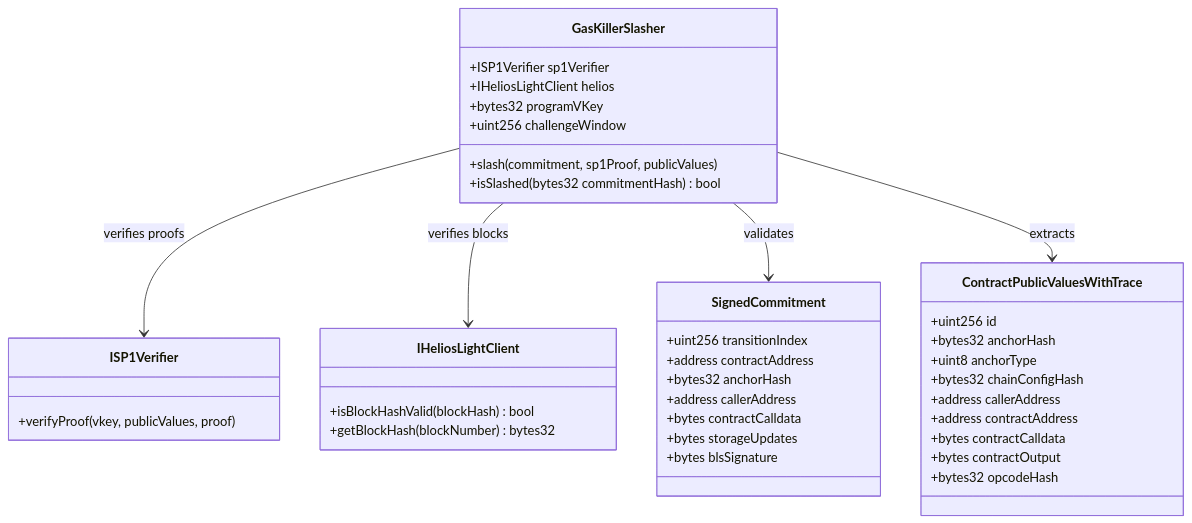
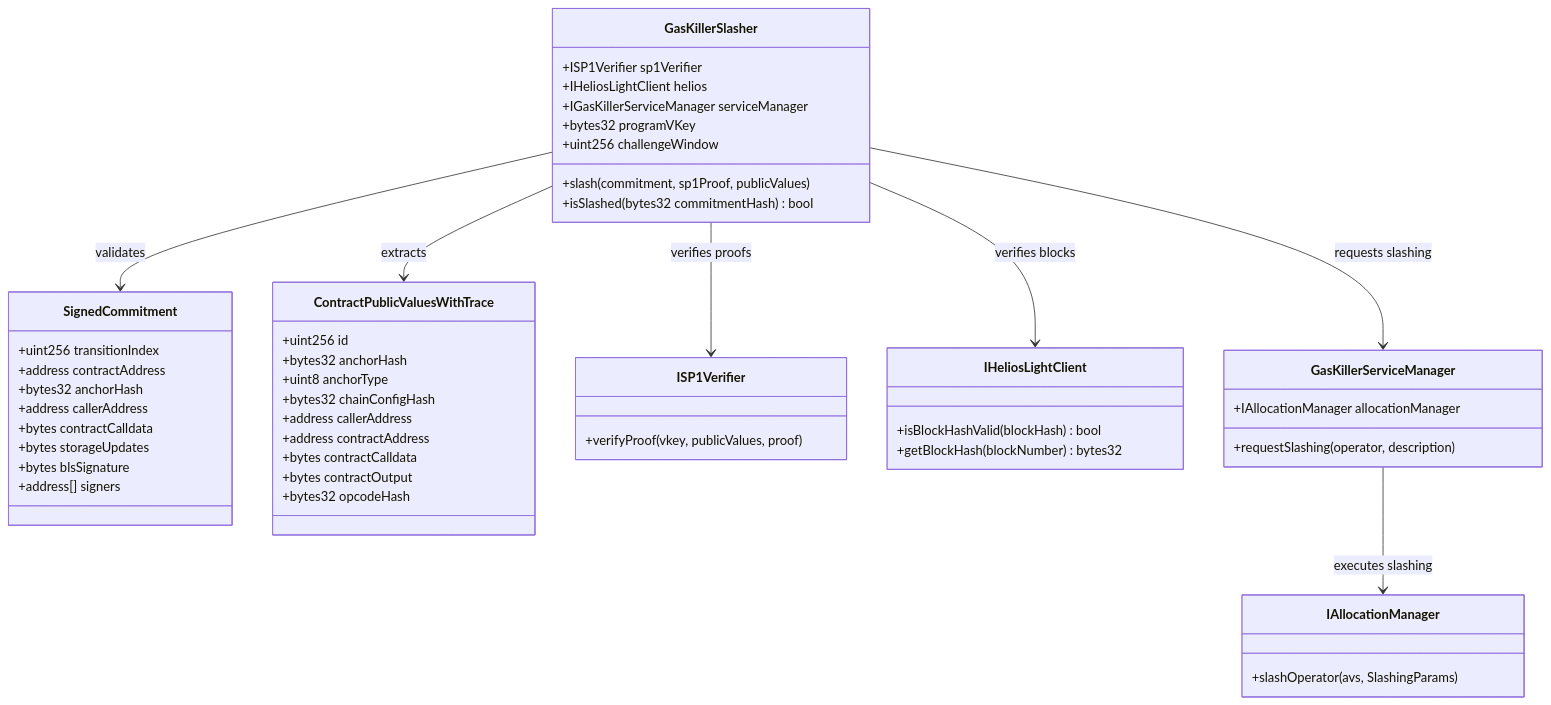
One commit to BreadchainCoop/sp1-contract-call changed the first of 3 diagrams in docs/GAS_KILLER_SLASHING_SPEC.md. Above: the diagram before and after it, drawn with Mermaid. The commit also changed other lines of this file, not shown here.

First line of the commit message:
docs: simplify EigenLayer integration in slashing spec

````diff
--- a/docs/GAS_KILLER_SLASHING_SPEC.md
+++ b/docs/GAS_KILLER_SLASHING_SPEC.md
@@ -162,47 +162,60 @@
 ```mermaid
 classDiagram
     class GasKillerSlasher {
         +ISP1Verifier sp1Verifier
         +IHeliosLightClient helios
+        +IGasKillerServiceManager serviceManager
         +bytes32 programVKey
         +uint256 challengeWindow
         +slash(commitment, sp1Proof, publicValues)
         +isSlashed(bytes32 commitmentHash) bool
     }
 
     class SignedCommitment {
         +uint256 transitionIndex
         +address contractAddress
         +bytes32 anchorHash
         +address callerAddress
         +bytes contractCalldata
         +bytes storageUpdates
         +bytes blsSignature
+        +address[] signers
     }
 
     class ContractPublicValuesWithTrace {
         +uint256 id
         +bytes32 anchorHash
         +uint8 anchorType
         +bytes32 chainConfigHash
         +address callerAddress
         +address contractAddress
         +bytes contractCalldata
         +bytes contractOutput
         +bytes32 opcodeHash
     }
 
     class ISP1Verifier {
         +verifyProof(vkey, publicValues, proof)
     }
 
     class IHeliosLightClient {
         +isBlockHashValid(blockHash) bool
         +getBlockHash(blockNumber) bytes32
     }
 
+    class GasKillerServiceManager {
+        +IAllocationManager allocationManager
+        +requestSlashing(operator, description)
+    }
+
+    class IAllocationManager {
+        +slashOperator(avs, SlashingParams)
+    }
+
     GasKillerSlasher --> ISP1Verifier : verifies proofs
     GasKillerSlasher --> IHeliosLightClient : verifies blocks
     GasKillerSlasher --> SignedCommitment : validates
     GasKillerSlasher --> ContractPublicValuesWithTrace : extracts
+    GasKillerSlasher --> GasKillerServiceManager : requests slashing
+    GasKillerServiceManager --> IAllocationManager : executes slashing
 ```
````
